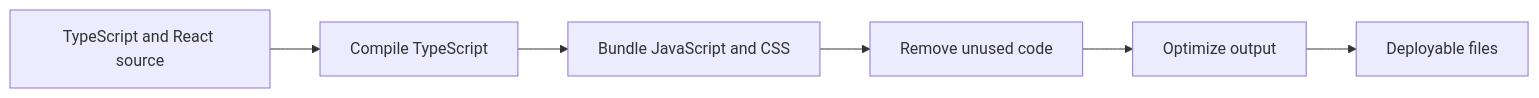
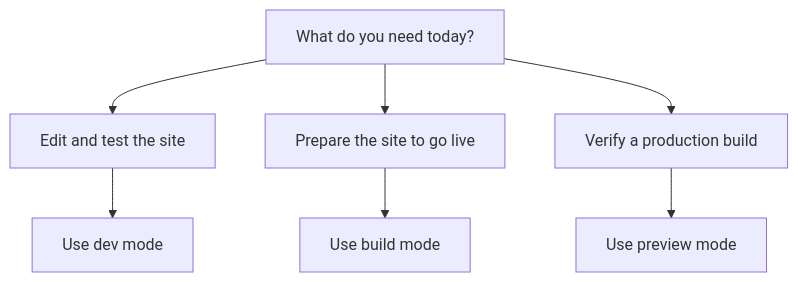
One commit to Mohita111/API2 changed the second of 2 diagrams in api2-documentation/plan_2026-11-02_f8890e/user-facing-docs/site-building-bundling.md. Above: the diagram before and after it, drawn with Mermaid. The commit also changed other lines of this file and 14 other files, not shown here.

````diff
--- a/api2-documentation/plan_2026-11-02_f8890e/user-facing-docs/site-building-bundling.md
+++ b/api2-documentation/plan_2026-11-02_f8890e/user-facing-docs/site-building-bundling.md
@@ -37,8 +35,9 @@
 ```mermaid
-graph LR
-    A[TypeScript and React source] --> B[Compile TypeScript]
-    B --> C[Bundle JavaScript and CSS]
-    C --> D[Remove unused code]
-    D --> E[Optimize output]
-    E --> F[Deployable files]
+graph TD
+  A["What do you need today?"] --> B[Edit and test the site]
+  A --> C[Prepare the site to go live]
+  A --> D[Verify a production build]
+  B --> E[Use dev mode]
+  C --> F[Use build mode]
+  D --> G[Use preview mode]
 ```
````
